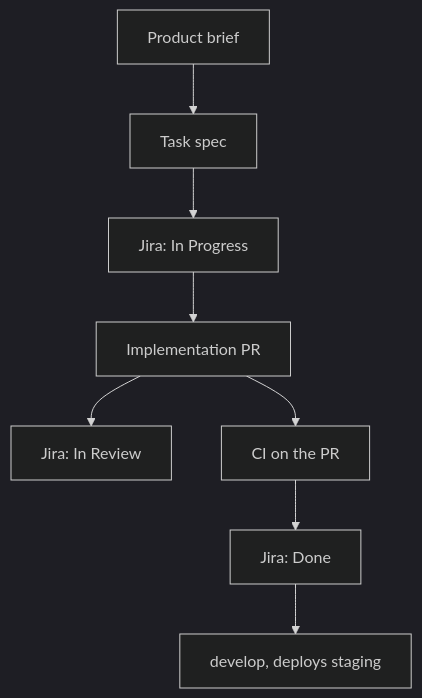
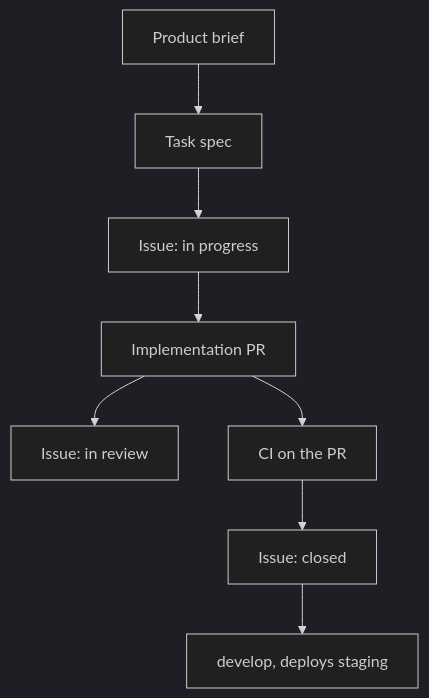
Before and after one commit to wygarner/schmegettes: the diagram in docs/system-docs/engineering/development-workflow.md, drawn with Mermaid (dark theme). The commit also changed other lines of this file and 13 other files, not shown here.

````diff
--- a/docs/system-docs/engineering/development-workflow.md
+++ b/docs/system-docs/engineering/development-workflow.md
@@ -13,10 +13,10 @@
 ```mermaid
 flowchart TB
   product[Product brief] --> plan[Task spec]
-  plan --> progress[Jira: In Progress]
+  plan --> progress[Issue: in progress]
   progress --> impl[Implementation PR]
-  impl --> review[Jira: In Review]
+  impl --> review[Issue: in review]
   impl --> ci[CI on the PR]
-  ci --> done[Jira: Done]
+  ci --> done[Issue: closed]
   done --> develop[develop, deploys staging]
 ```
````
